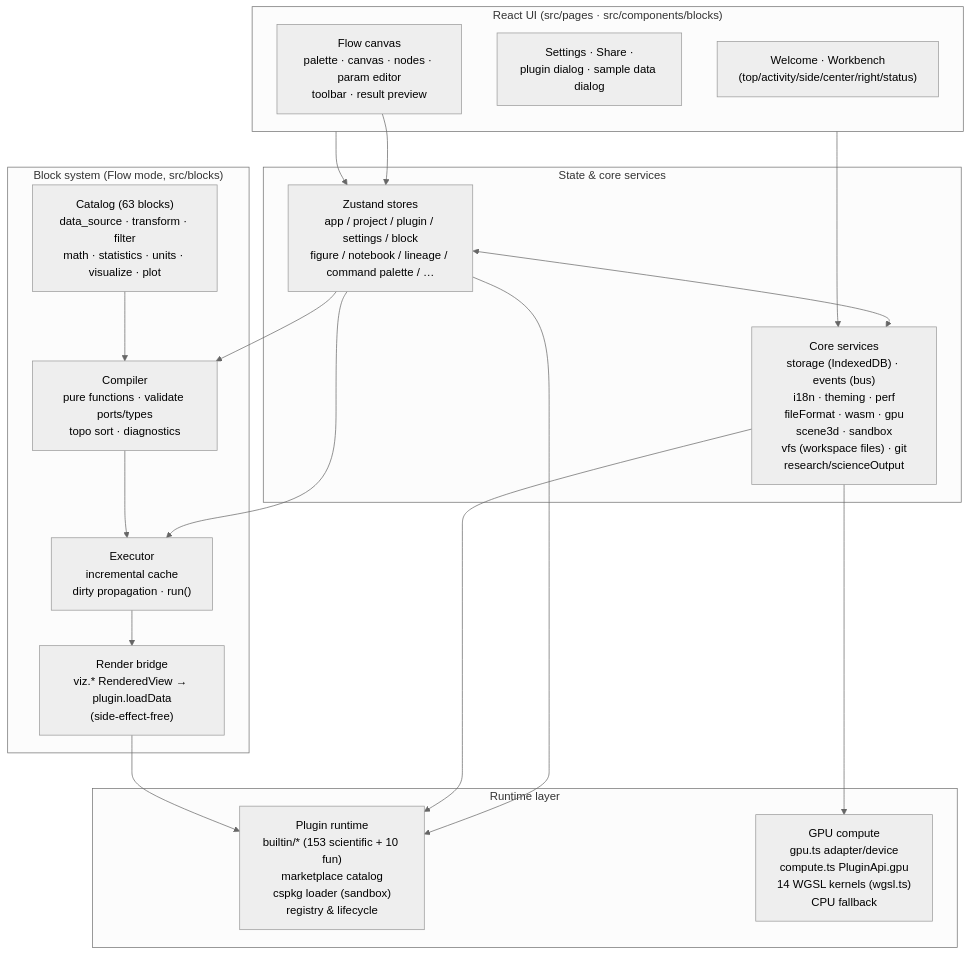
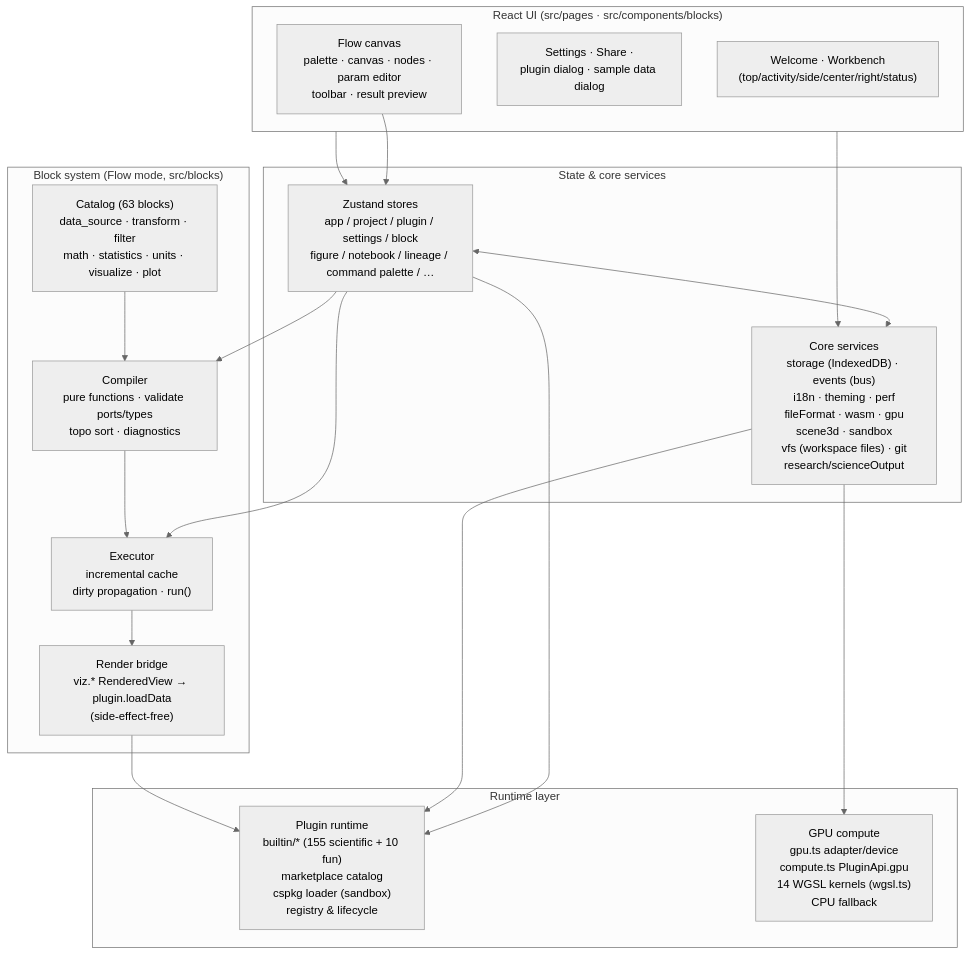
Before and after one commit to SnowLeopard-io/ErgalicsStudio: the diagram in README.md, drawn with Mermaid (neutral theme). The commit also changed other lines of this file and 1 other file, not shown here.

````diff
--- a/README.md
+++ b/README.md
@@ -239,39 +239,39 @@
 ```mermaid
 flowchart TB
     subgraph UI["React UI (src/pages · src/components/blocks)"]
         A1["Welcome · Workbench<br/>(top/activity/side/center/right/status)"]
         A2["Settings · Share ·<br/>plugin dialog · sample data dialog"]
         A3["Flow canvas<br/>palette · canvas · nodes · param editor<br/>toolbar · result preview"]
     end
 
     subgraph State["State & core services"]
         B1["Zustand stores<br/>app / project / plugin / settings / block<br/>figure / notebook / lineage / command palette / …"]
         B2["Core services<br/>storage (IndexedDB) · events (bus)<br/>i18n · theming · perf<br/>fileFormat · wasm · gpu<br/>scene3d · sandbox<br/>vfs (workspace files) · git<br/>research/scienceOutput"]
     end
 
     subgraph Blocks["Block system (Flow mode, src/blocks)"]
         D1["Catalog (63 blocks)<br/>data_source · transform · filter<br/>math · statistics · units · visualize · plot"]
         D2["Compiler<br/>pure functions · validate ports/types<br/>topo sort · diagnostics"]
         D3["Executor<br/>incremental cache<br/>dirty propagation · run()"]
         D4["Render bridge<br/>viz.* RenderedView → plugin.loadData<br/>(side-effect-free)"]
     end
 
     subgraph Runtime["Runtime layer"]
-        C1["Plugin runtime<br/>builtin/* (153 scientific + 10 fun)<br/>marketplace catalog<br/>cspkg loader (sandbox)<br/>registry & lifecycle"]
+        C1["Plugin runtime<br/>builtin/* (155 scientific + 10 fun)<br/>marketplace catalog<br/>cspkg loader (sandbox)<br/>registry & lifecycle"]
         C2["GPU compute<br/>gpu.ts adapter/device<br/>compute.ts PluginApi.gpu<br/>14 WGSL kernels (wgsl.ts)<br/>CPU fallback"]
     end
 
     UI --> B1
     UI --> B2
     B1 <--> B2
     B1 --> C1
     B2 --> C1
     B2 --> C2
     A3 --> B1
     B1 --> D2
     B1 --> D3
     D2 --> D3
     D1 --> D2
     D3 --> D4
     D4 --> C1
 ```
````
